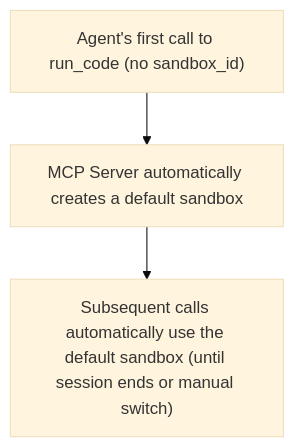
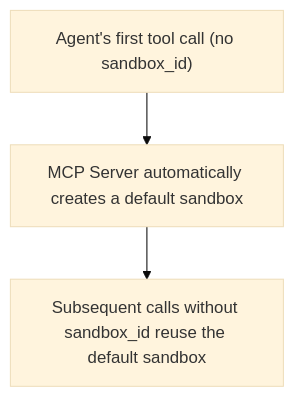
Before and after one commit to Easy-Sandbox/easy-sandbox: the first of 6 diagrams in docs/en/design/mcp-server.md, drawn with Mermaid (base theme). The commit also changed other lines of this file and 338 other files, not shown here.

````diff
--- a/docs/en/design/mcp-server.md
+++ b/docs/en/design/mcp-server.md
@@ -220,5 +212,5 @@
 ```mermaid
 graph TD
-    A["Agent's first call to run_code (no sandbox_id)"] --> B[MCP Server automatically creates a default sandbox]
-    B --> C["Subsequent calls automatically use the default sandbox (until session ends or manual switch)"]
+    A["Agent's first tool call (no sandbox_id)"] --> B[MCP Server automatically creates a default sandbox]
+    B --> C["Subsequent calls without sandbox_id reuse the default sandbox"]
 ```
````
